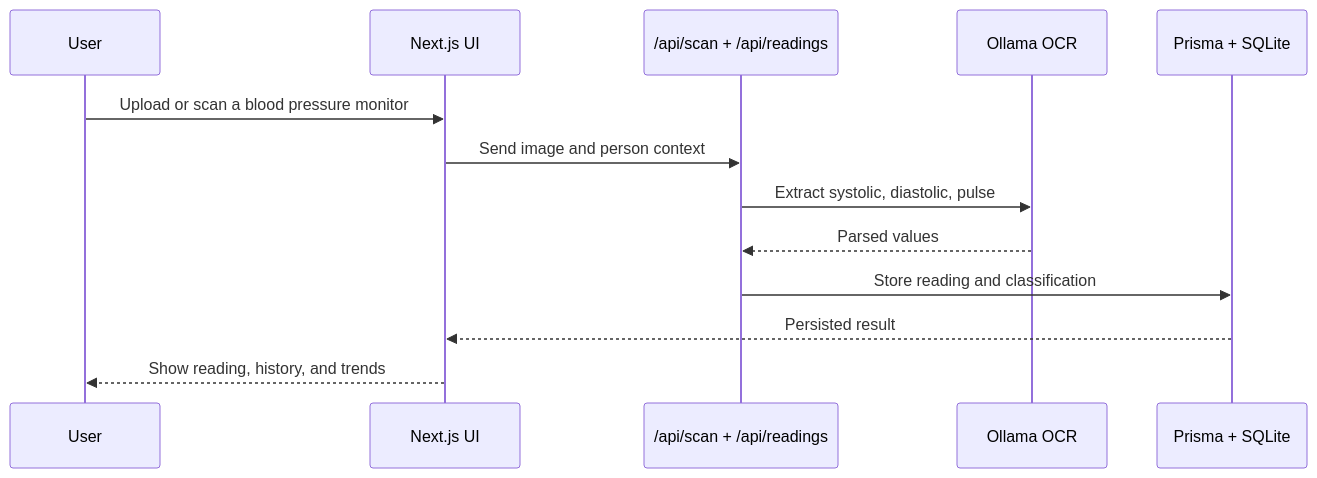
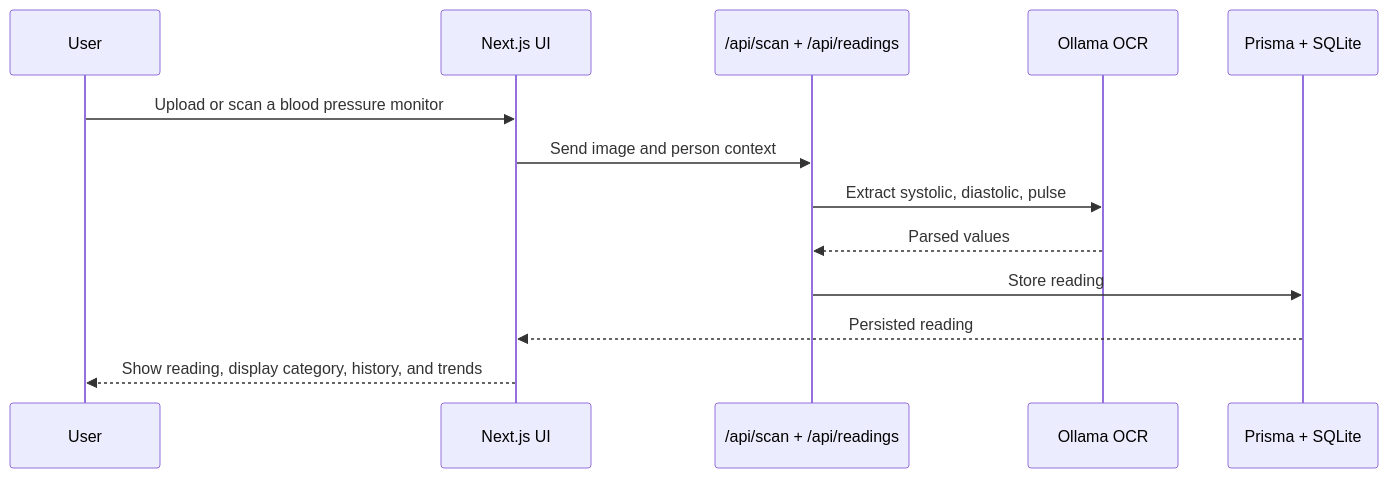
The diagram in README.md (japperJ/blodtryk), drawn with Mermaid before and after one commit. The commit also changed other lines of this file and 19 other files, not shown here.

````diff
--- a/README.md
+++ b/README.md
@@ -99,16 +106,16 @@
 ```mermaid
 sequenceDiagram
     participant User
     participant UI as Next.js UI
     participant API as /api/scan + /api/readings
     participant AI as Ollama OCR
     participant DB as Prisma + SQLite
 
     User->>UI: Upload or scan a blood pressure monitor
     UI->>API: Send image and person context
     API->>AI: Extract systolic, diastolic, pulse
     AI-->>API: Parsed values
-    API->>DB: Store reading and classification
-    DB-->>UI: Persisted result
-    UI-->>User: Show reading, history, and trends
+    API->>DB: Store reading
+    DB-->>UI: Persisted reading
+    UI-->>User: Show reading, display category, history, and trends
 ```
````
